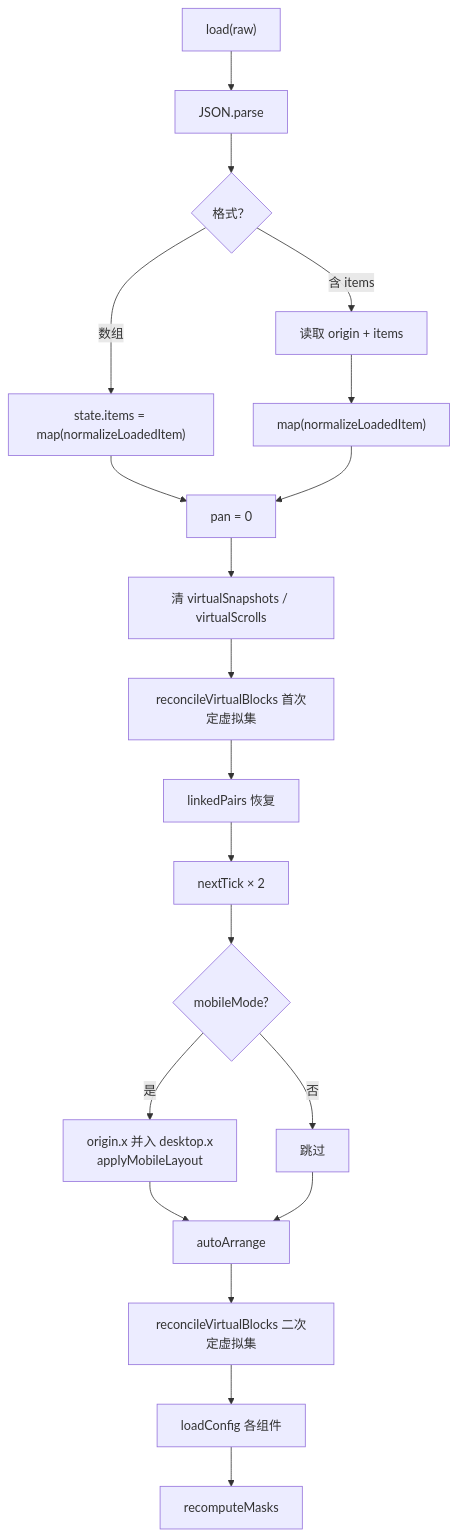
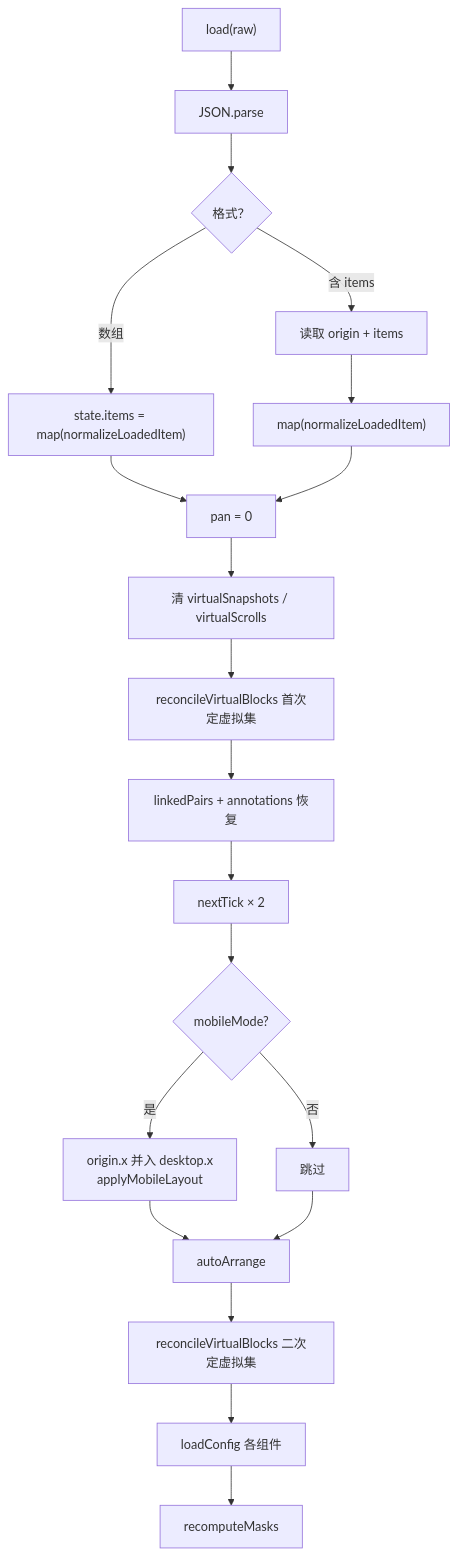
The second of 5 diagrams in src/docs/flow/08-save-load.md (LogicAurora/Mindrizzle), drawn with Mermaid before and after one commit. The commit also changed other lines of this file and 21 other files, not shown here.

````diff
--- a/src/docs/flow/08-save-load.md
+++ b/src/docs/flow/08-save-load.md
@@ -19,22 +19,22 @@
 ```mermaid
 flowchart TD
   A["load(raw)"] --> B["JSON.parse"]
   B --> C{"格式？"}
   C -->|数组| D["state.items = map(normalizeLoadedItem)"]
   C -->|含 items| E["读取 origin + items"]
   E --> F["map(normalizeLoadedItem)"]
   D --> G["pan = 0"]
   F --> G
   G --> H["清 virtualSnapshots / virtualScrolls"]
   H --> I["reconcileVirtualBlocks 首次定虚拟集"]
-  I --> J["linkedPairs 恢复"]
+  I --> J["linkedPairs + annotations 恢复"]
   J --> K["nextTick × 2"]
   K --> L{"mobileMode?"}
   L -->|是| M["origin.x 并入 desktop.x<br/>applyMobileLayout"]
   L -->|否| N["跳过"]
   M --> O["autoArrange"]
   N --> O
   O --> P["reconcileVirtualBlocks 二次定虚拟集"]
   P --> Q["loadConfig 各组件"]
   Q --> R["recomputeMasks"]
 ```
````
